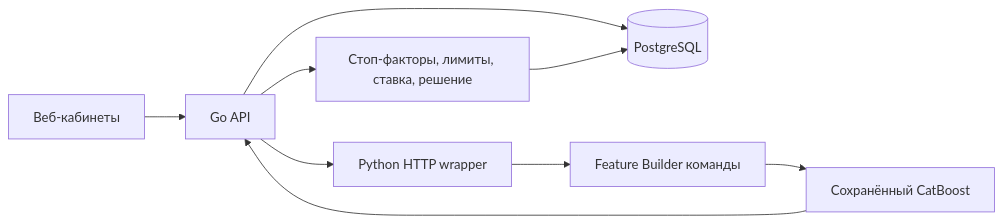
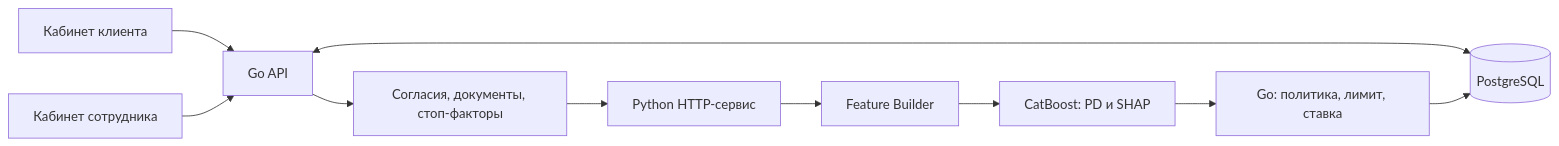
The diagram in README.md (egoisthemain/alfahack), drawn with Mermaid before and after one commit. The commit also changed other lines of this file, not shown here.

Commit message:
Rewrite project architecture and deployment documentation

````diff
--- a/README.md
+++ b/README.md
@@ -74,11 +40,12 @@
 ```mermaid
 flowchart LR
-    Browser[Веб-кабинеты] --> Go[Go API]
-    Go --> DB[(PostgreSQL)]
-    Go --> Python[Python HTTP wrapper]
-    Python --> Builder[Feature Builder команды]
-    Builder --> CatBoost[Сохранённый CatBoost]
-    CatBoost --> Go
-    Go --> Policy[Стоп-факторы, лимиты, ставка, решение]
+    Client[Кабинет клиента] --> API[Go API]
+    Analyst[Кабинет сотрудника] --> API
+    API <--> DB[(PostgreSQL)]
+    API --> Checks[Согласия, документы, стоп-факторы]
+    Checks --> Model[Python HTTP-сервис]
+    Model --> Features[Feature Builder]
+    Features --> CatBoost[CatBoost: PD и SHAP]
+    CatBoost --> Policy[Go: политика, лимит, ставка]
     Policy --> DB
 ```
````
